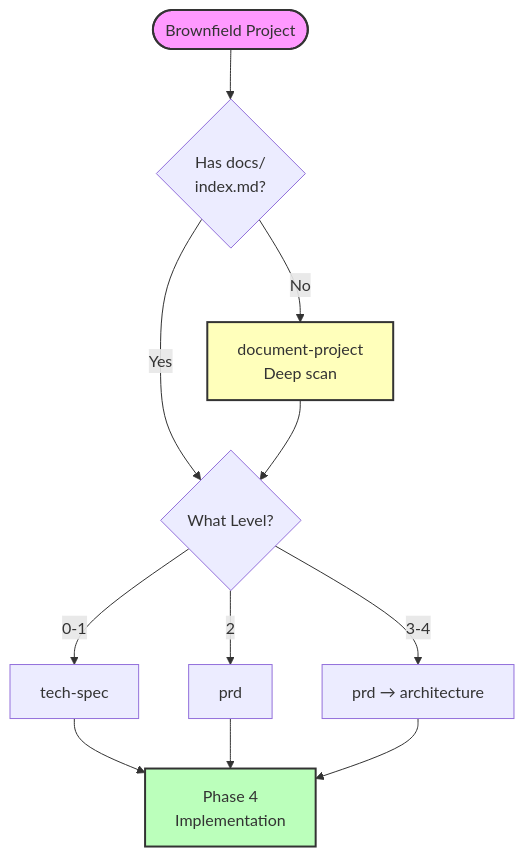
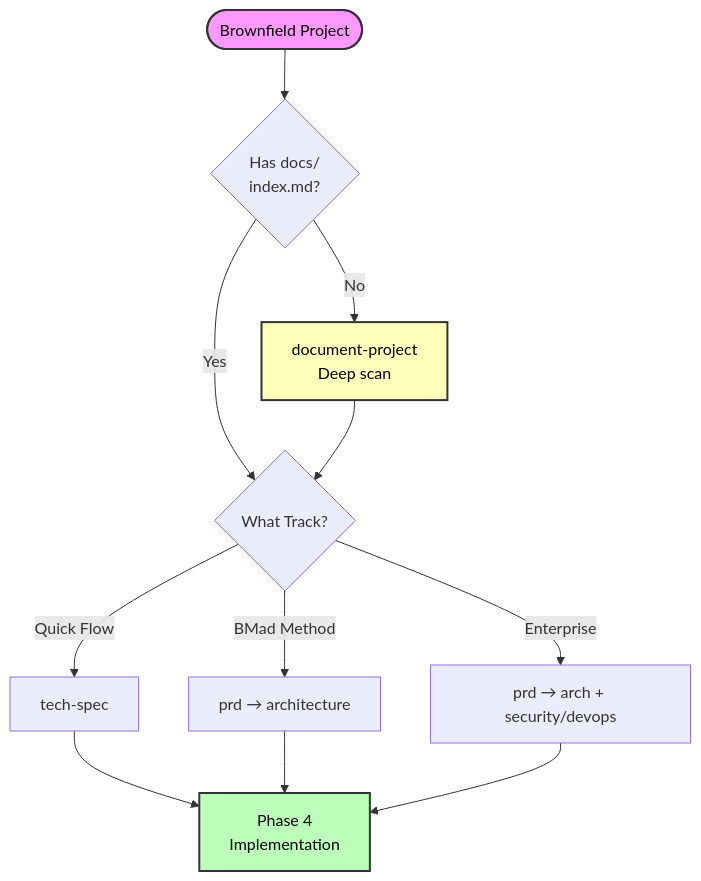
The second of 2 diagrams in bmad/bmm/docs/brownfield-guide.md (CSmithy89/agent-orchestrator), drawn with Mermaid before and after one commit. The commit also changed other lines of this file and 376 other files, not shown here.

````diff
--- a/bmad/bmm/docs/brownfield-guide.md
+++ b/bmad/bmm/docs/brownfield-guide.md
@@ -569,23 +695,23 @@
 ```mermaid
 flowchart TD
     START([Brownfield Project])
     CHECK{Has docs/<br/>index.md?}
 
     START --> CHECK
     CHECK -->|No| DOC[document-project<br/>Deep scan]
-    CHECK -->|Yes| LEVEL{What Level?}
+    CHECK -->|Yes| TRACK{What Track?}
 
-    DOC --> LEVEL
+    DOC --> TRACK
 
-    LEVEL -->|0-1| TS[tech-spec]
-    LEVEL -->|2| PRD[prd]
-    LEVEL -->|3-4| PRD2[prd → architecture]
+    TRACK -->|Quick Flow| TS[tech-spec]
+    TRACK -->|BMad Method| PRD[prd → architecture]
+    TRACK -->|Enterprise| PRD2[prd → arch + security/devops]
 
     TS --> IMPL[Phase 4<br/>Implementation]
     PRD --> IMPL
     PRD2 --> IMPL
 
-    style START fill:#f9f,stroke:#333,stroke-width:2px
-    style DOC fill:#ffb,stroke:#333,stroke-width:2px
-    style IMPL fill:#bfb,stroke:#333,stroke-width:2px
+    style START fill:#f9f,stroke:#333,stroke-width:2px,color:#000
+    style DOC fill:#ffb,stroke:#333,stroke-width:2px,color:#000
+    style IMPL fill:#bfb,stroke:#333,stroke-width:2px,color:#000
 ```
````
